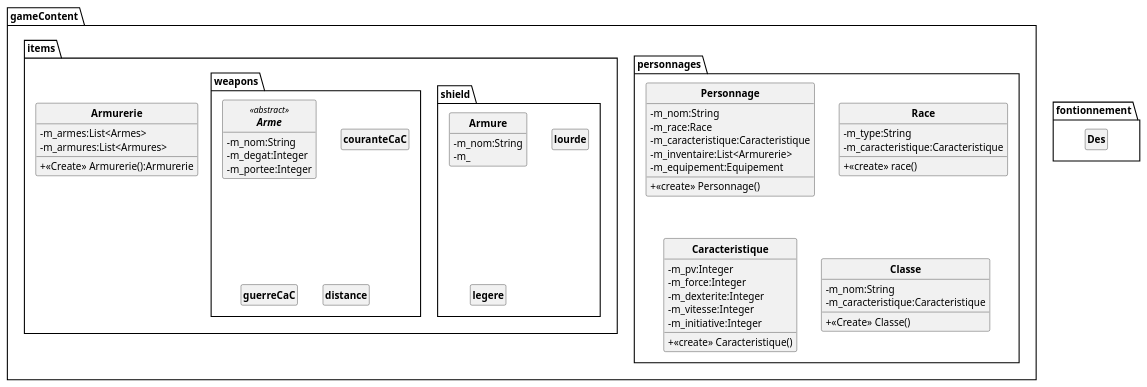
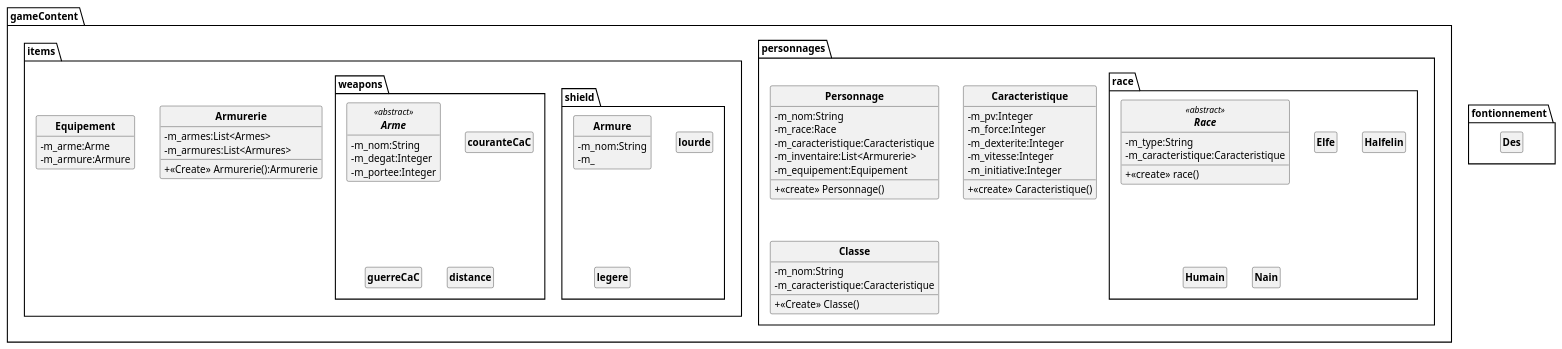
One commit to pataatee/DOOnjons-et-Dragons changed the diagram in uml/DoojonEtDragons.puml. Above: the diagram before and after it, drawn with PlantUML.

Commit message:
Modif de l'UML

```diff
--- a/uml/DoojonEtDragons.puml
+++ b/uml/DoojonEtDragons.puml
@@ -1,110 +1,133 @@
 @startuml
 'https://plantuml.com/class-diagram
 scale 1
 
 skinparam classAttributeIconSize 0
 skinparam classFontStyle Bold
 skinparam style strictuml
 hide empty members
 
 package gameContent
 {
     package personnages
     {
         class Personnage {
             +<<create>> Personnage()
             -m_nom:String
             -m_race:Race
             -m_caracteristique:Caracteristique
             -m_inventaire:List<Armurerie>
             -m_equipement:Equipement
         }
 
-        class Race {
-            +<<create>> race()
-            -m_type:String
-            -m_caracteristique:Caracteristique
+        package race {
+
+            abstract class Race <<abstract>> {
+                +<<create>> race()
+                -m_type:String
+                -m_caracteristique:Caracteristique
+            }
+
+            class Elfe {
+
+            }
+
+            class Halfelin {
+
+            }
+
+            class Humain {
+
+            }
+
+            class Nain {
+
+            }
         }
+
 
         class Caracteristique {
             +<<create>> Caracteristique()
             -m_pv:Integer
             -m_force:Integer
             -m_dexterite:Integer
             -m_vitesse:Integer
             -m_initiative:Integer
         }
 
         class Classe {
             +<<Create>> Classe()
             -m_nom:String
             -m_caracteristique:Caracteristique
         }
 
 
     }
 
     package items
     {
 
         class Armurerie {
             +<<Create>> Armurerie():Armurerie
             -m_armes:List<Armes>
             -m_armures:List<Armures>
         }
 
         package shield {
 
             class Armure {
                 -m_nom:String
                 -m_
             }
 
             class lourde {
 
             }
 
             class legere {
 
             }
 
         }
 
         package weapons {
 
             abstract class Arme <<abstract>> {
                 -m_nom:String
                 -m_degat:Integer
                 -m_portee:Integer
             }
 
             class couranteCaC {
 
             }
 
             class guerreCaC {
 
             }
 
             class distance {
 
             }
 
         }
 
-
+        class Equipement {
+            -m_arme:Arme
+            -m_armure:Armure
+        }
 
 
 
 
     }
 }
 
 package fontionnement {
 
     class Des {
 
     }
 
 }
 @enduml
```
